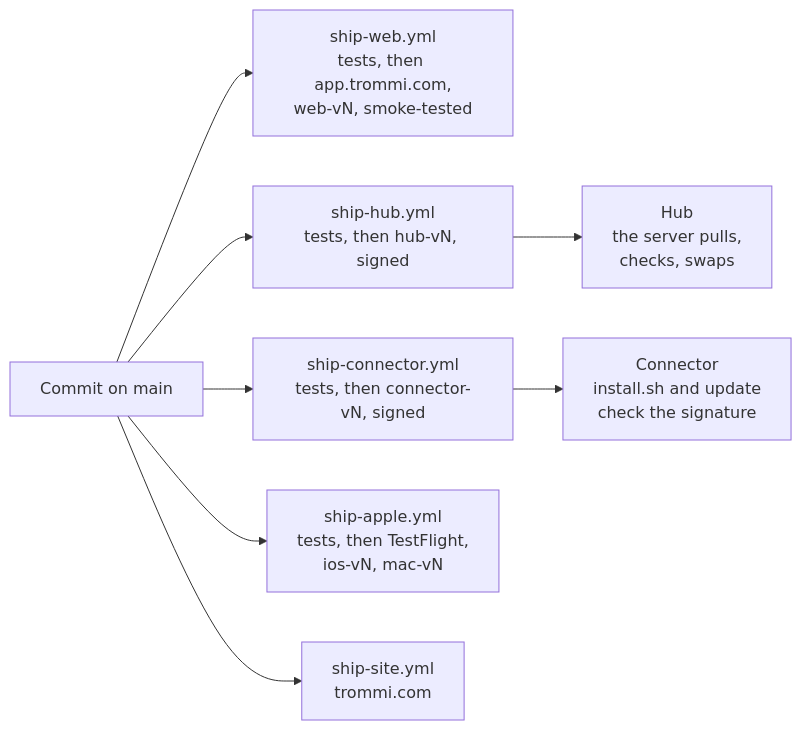
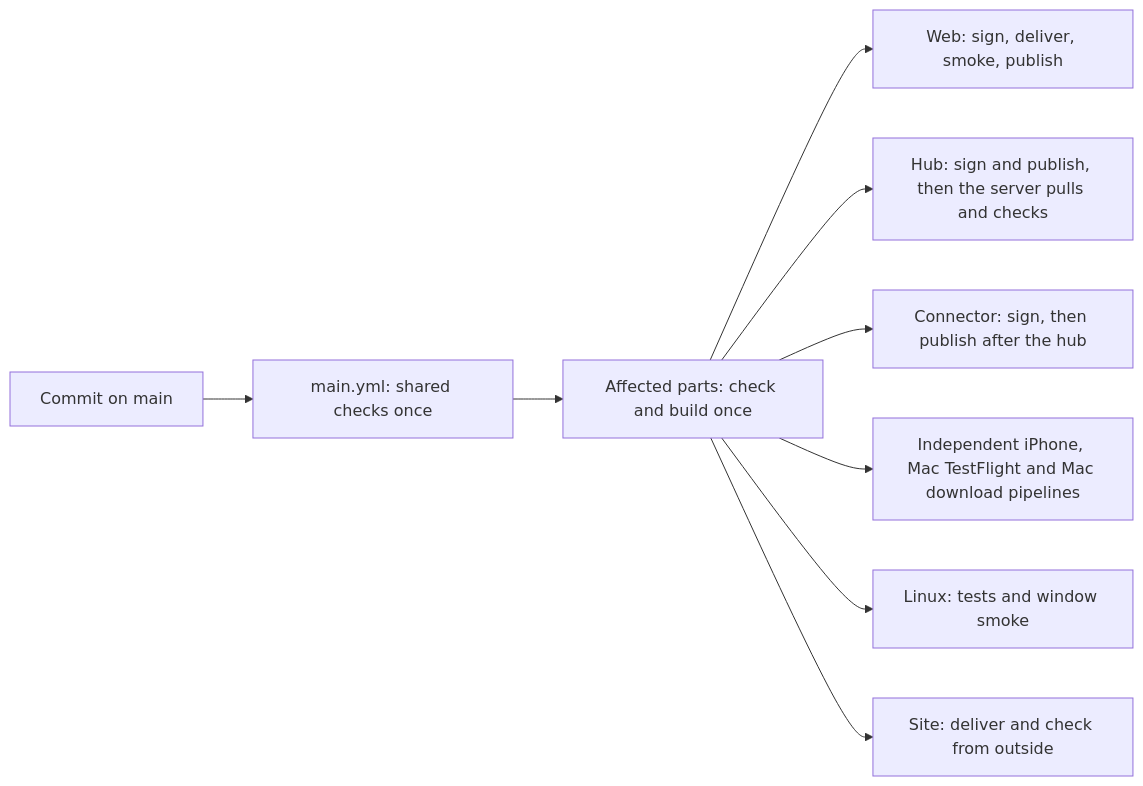
Before and after one commit to chriopter/trommi: the sixth of 7 diagrams in README.md, drawn with Mermaid. The commit also changed other lines of this file and 51 other files, not shown here.

Commit message:
2026-10-15-15: Updated: check once and deliver affected parts independently (#274)

````diff
--- a/README.md
+++ b/README.md
@@ -242,8 +242,11 @@
 ```mermaid
 flowchart LR
-  commit["Commit on main"] --> web["ship-web.yml<br/>tests, then app.trommi.com,<br/>web-vN, smoke-tested"]
-  commit --> hubrel["ship-hub.yml<br/>tests, then hub-vN, signed"] --> hub["Hub<br/>the server pulls,<br/>checks, swaps"]
-  commit --> connrel["ship-connector.yml<br/>tests, then connector-vN, signed"] --> conn["Connector<br/>install.sh and update<br/>check the signature"]
-  commit --> apple["ship-apple.yml<br/>tests, then TestFlight,<br/>ios-vN, mac-vN"]
-  commit --> site["ship-site.yml<br/>trommi.com"]
+  commit["Commit on main"] --> plan["main.yml: shared checks once"]
+  plan --> parts["Affected parts: check and build once"]
+  parts --> web["Web: sign, deliver, smoke, publish"]
+  parts --> hub["Hub: sign and publish, then the server pulls and checks"]
+  parts --> connector["Connector: sign, then publish after the hub"]
+  parts --> apple["Independent iPhone, Mac TestFlight and Mac download pipelines"]
+  parts --> linux["Linux: tests and window smoke"]
+  parts --> site["Site: deliver and check from outside"]
 ```
````
